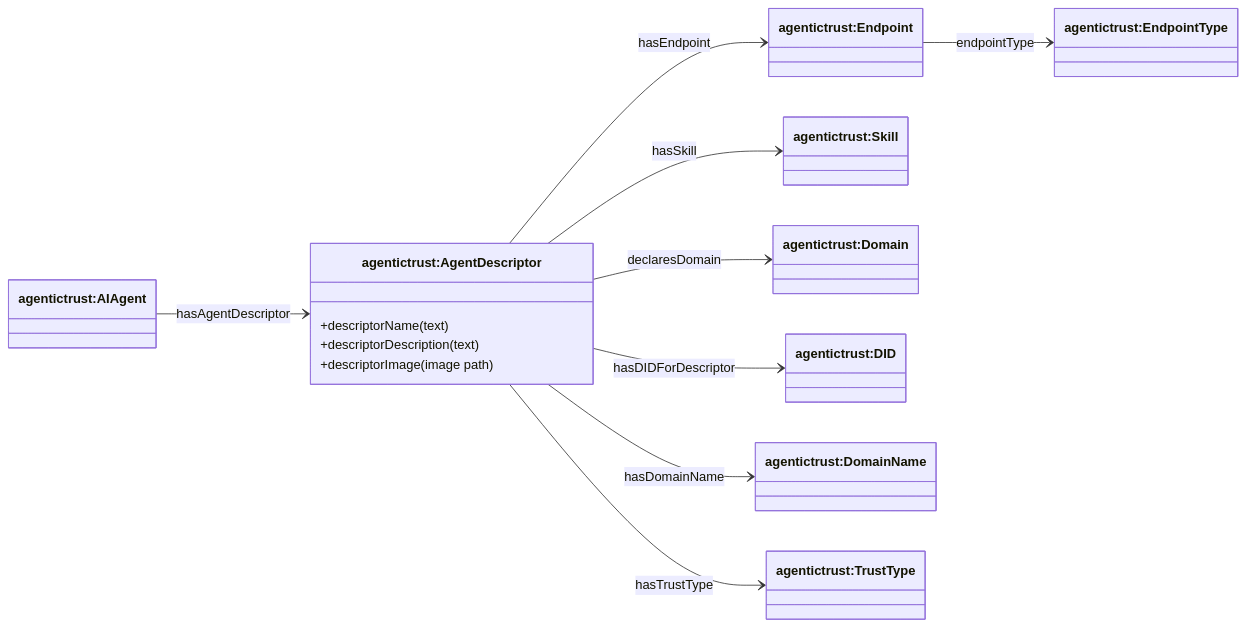
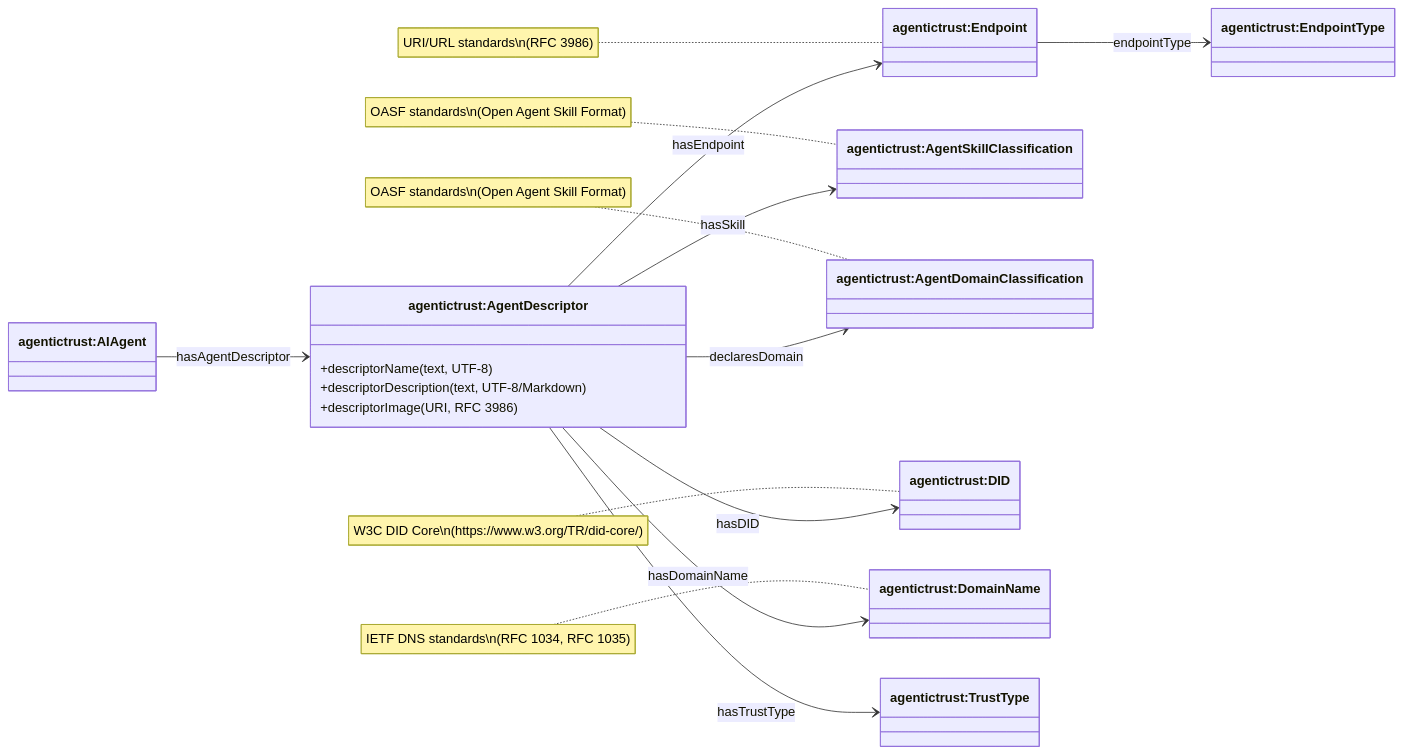
One commit to Agentic-Trust-Layer/agent-explorer changed the third of 5 diagrams in docs/ontology/descriptor.md. Above: the diagram before and after it, drawn with Mermaid. The commit also changed other lines of this file and 6 other files, not shown here.

Commit message:
update descriptor and DID

````diff
--- a/docs/ontology/descriptor.md
+++ b/docs/ontology/descriptor.md
@@ -87,26 +93,32 @@
 ```mermaid
 classDiagram
 direction LR
 
 class AIAgent["agentictrust:AIAgent"]
 class AgentDescriptor["agentictrust:AgentDescriptor"]
 class Endpoint["agentictrust:Endpoint"]
 class EndpointType["agentictrust:EndpointType"]
-class Skill["agentictrust:Skill"]
-class Domain["agentictrust:Domain"]
+class AgentSkillClassification["agentictrust:AgentSkillClassification"]
+class AgentDomainClassification["agentictrust:AgentDomainClassification"]
 class DID["agentictrust:DID"]
 class DomainName["agentictrust:DomainName"]
 class TrustType["agentictrust:TrustType"]
 
 AIAgent --> AgentDescriptor : hasAgentDescriptor
 AgentDescriptor --> Endpoint : hasEndpoint
 Endpoint --> EndpointType : endpointType
-AgentDescriptor --> Skill : hasSkill
-AgentDescriptor --> Domain : declaresDomain
-AgentDescriptor --> DID : hasDIDForDescriptor
+AgentDescriptor --> AgentSkillClassification : hasSkill
+AgentDescriptor --> AgentDomainClassification : declaresDomain
+AgentDescriptor --> DID : hasDID
 AgentDescriptor --> DomainName : hasDomainName
 AgentDescriptor --> TrustType : hasTrustType
-AgentDescriptor : +descriptorName (text)
-AgentDescriptor : +descriptorDescription (text)
-AgentDescriptor : +descriptorImage (image path)
+AgentDescriptor : +descriptorName (text, UTF-8)
+AgentDescriptor : +descriptorDescription (text, UTF-8/Markdown)
+AgentDescriptor : +descriptorImage (URI, RFC 3986)
+
+note for Endpoint "URI/URL standards\n(RFC 3986)"
+note for AgentSkillClassification "OASF standards\n(Open Agent Skill Format)"
+note for AgentDomainClassification "OASF standards\n(Open Agent Skill Format)"
+note for DID "W3C DID Core\n(https://www.w3.org/TR/did-core/)"
+note for DomainName "IETF DNS standards\n(RFC 1034, RFC 1035)"
 ```
````
